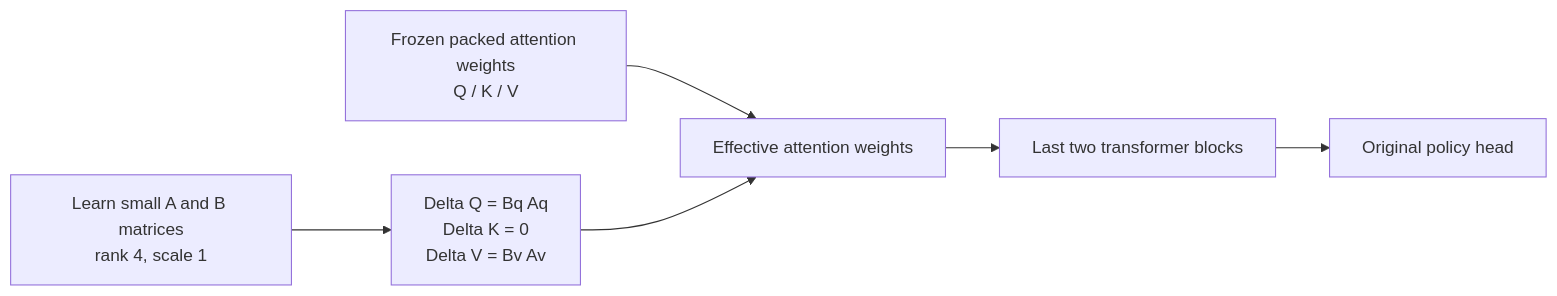
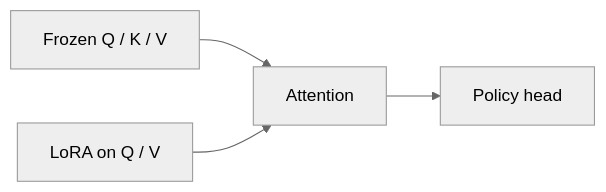
One commit to carrey325/nemesis changed the second of 3 diagrams in README.md. Above: the diagram before and after it, drawn with Mermaid. The commit also changed other lines of this file and 19 other files, not shown here.

````diff
--- a/README.md
+++ b/README.md
@@ -55,8 +44,7 @@
 ```mermaid
+%%{init: {"theme": "neutral"}}%%
 flowchart LR
-    A["Frozen packed attention weights<br/>Q / K / V"] --> C["Effective attention weights"]
-    B["Learn small A and B matrices<br/>rank 4, scale 1"] --> D["Delta Q = Bq Aq<br/>Delta K = 0<br/>Delta V = Bv Av"]
-    D --> C
-    C --> E["Last two transformer blocks"]
-    E --> F["Original policy head"]
+    A[Frozen Q / K / V] --> C[Attention]
+    B[LoRA on Q / V] --> C
+    C --> D[Policy head]
 ```
````
